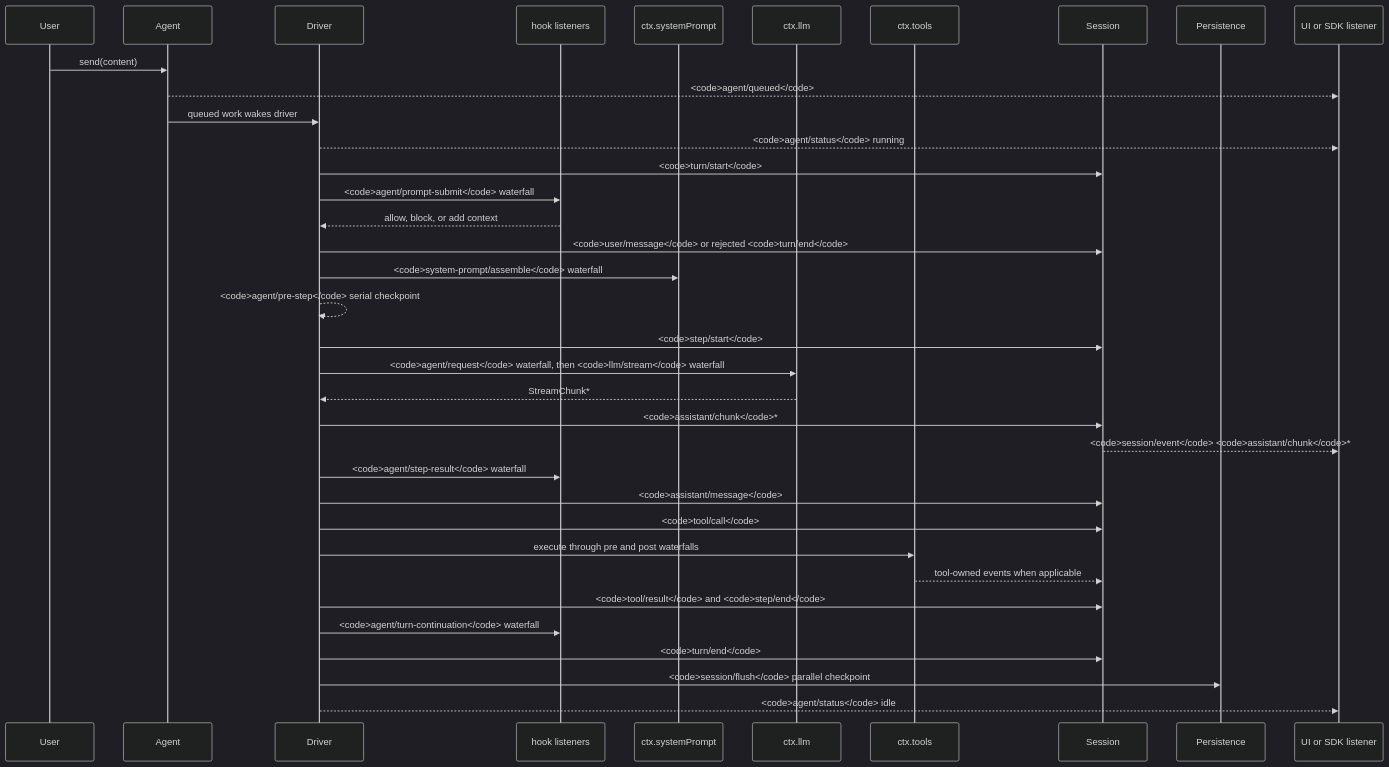
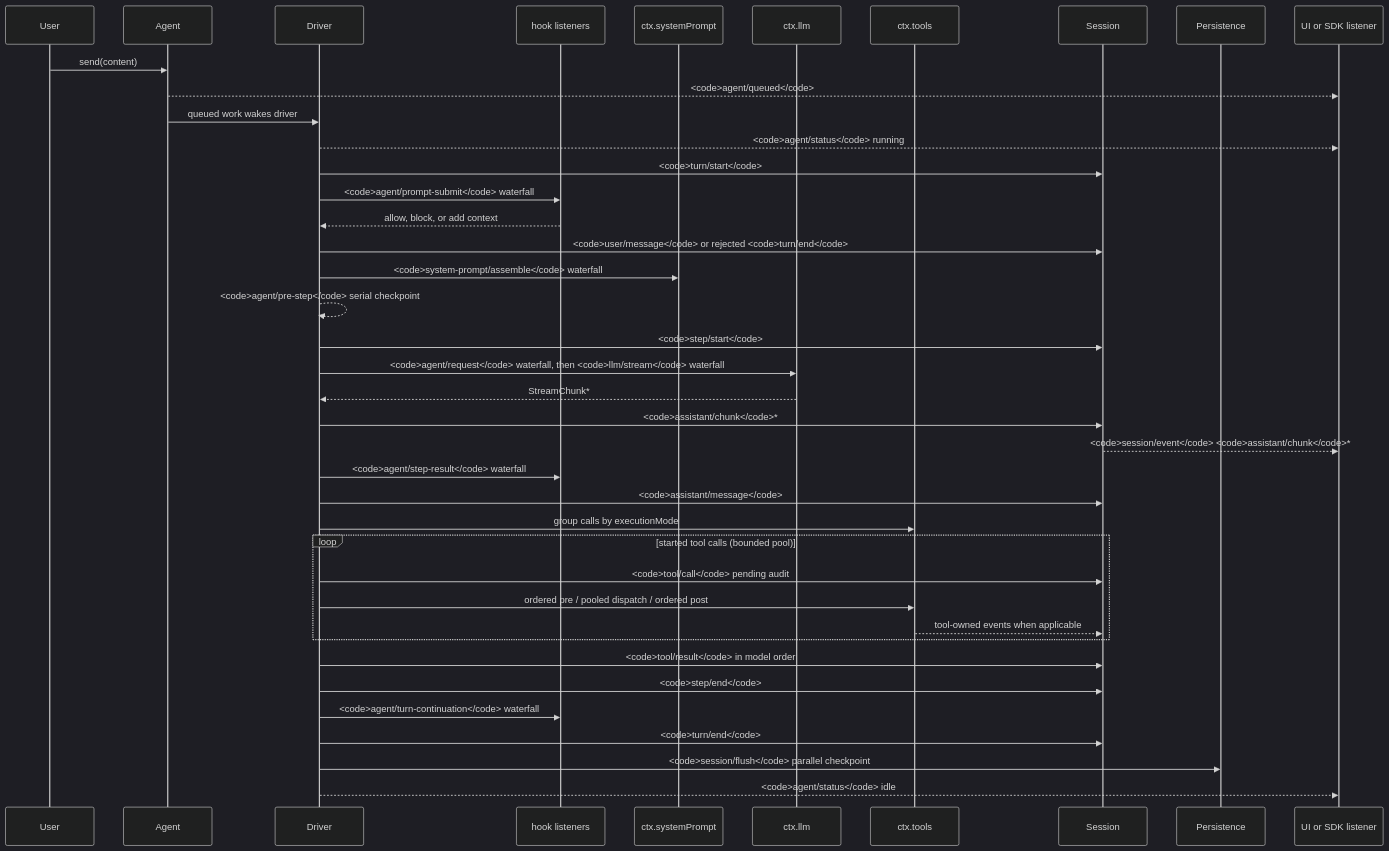
Before and after one commit to 007M7/DeepCode: the diagram in docs/agent-lifecycle.md, drawn with Mermaid (dark theme). The commit also changed 47 other files, not shown here.

Commit message:
feat(agent-loop): run safe tool calls in parallel

````diff
--- a/docs/agent-lifecycle.md
+++ b/docs/agent-lifecycle.md
@@ -8,38 +8,42 @@
 ```mermaid
 sequenceDiagram
   participant User
   participant Agent
   participant Driver
   participant Hooks as hook listeners
   participant Prompt as ctx.systemPrompt
   participant LLM as ctx.llm
   participant Tools as ctx.tools
   participant Session
   participant Persistence
   participant SDK as UI or SDK listener
   User->>Agent: send(content)
   Agent-->>SDK: <code>agent/queued</code>
   Agent->>Driver: queued work wakes driver
   Driver-->>SDK: <code>agent/status</code> running
   Driver->>Session: <code>turn/start</code>
   Driver->>Hooks: <code>agent/prompt-submit</code> waterfall
   Hooks-->>Driver: allow, block, or add context
   Driver->>Session: <code>user/message</code> or rejected <code>turn/end</code>
   Driver->>Prompt: <code>system-prompt/assemble</code> waterfall
   Driver-->>Driver: <code>agent/pre-step</code> serial checkpoint
   Driver->>Session: <code>step/start</code>
   Driver->>LLM: <code>agent/request</code> waterfall, then <code>llm/stream</code> waterfall
   LLM-->>Driver: StreamChunk*
   Driver->>Session: <code>assistant/chunk</code>*
   Session-->>SDK: <code>session/event</code> <code>assistant/chunk</code>*
   Driver->>Hooks: <code>agent/step-result</code> waterfall
   Driver->>Session: <code>assistant/message</code>
-  Driver->>Session: <code>tool/call</code>
-  Driver->>Tools: execute through pre and post waterfalls
-  Tools-->>Session: tool-owned events when applicable
-  Driver->>Session: <code>tool/result</code> and <code>step/end</code>
+  Driver->>Tools: group calls by executionMode
+  loop started tool calls (bounded pool)
+    Driver->>Session: <code>tool/call</code> pending audit
+    Driver->>Tools: ordered pre / pooled dispatch / ordered post
+    Tools-->>Session: tool-owned events when applicable
+  end
+  Driver->>Session: <code>tool/result</code> in model order
+  Driver->>Session: <code>step/end</code>
   Driver->>Hooks: <code>agent/turn-continuation</code> waterfall
   Driver->>Session: <code>turn/end</code>
   Driver->>Persistence: <code>session/flush</code> parallel checkpoint
   Driver-->>SDK: <code>agent/status</code> idle
 ```
````
